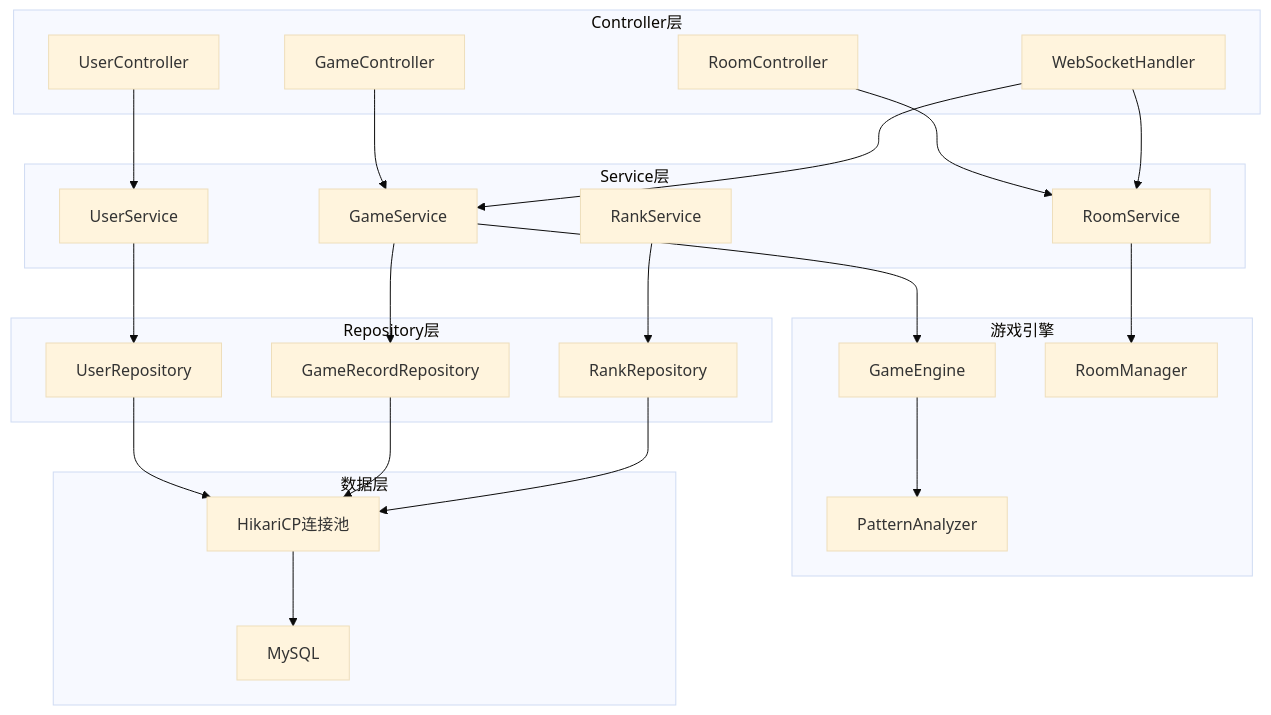
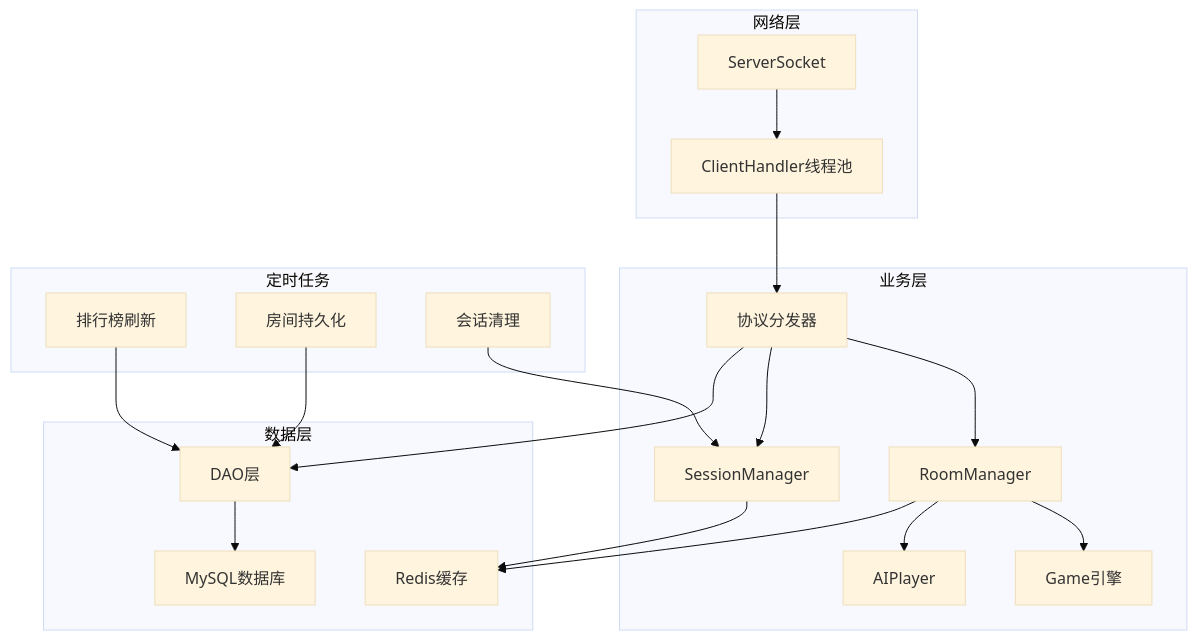
One commit to yznn007/Gomatch changed the second of 6 diagrams in docs/TECHNICAL_ARCHITECTURE.md. Above: the diagram before and after it, drawn with Mermaid (base theme). The commit also changed other lines of this file and 33 other files, not shown here.

````diff
--- a/docs/TECHNICAL_ARCHITECTURE.md
+++ b/docs/TECHNICAL_ARCHITECTURE.md
@@ -174,49 +198,41 @@
 ```mermaid
 flowchart TD
-    subgraph Controller层
-        A[UserController]
-        B[RoomController]
-        C[GameController]
-        D[WebSocketHandler]
+    subgraph 网络层
+        A[ServerSocket]
+        B[ClientHandler线程池]
     end
 
-    subgraph Service层
-        E[UserService]
-        F[RoomService]
-        G[GameService]
-        H[RankService]
-    end
-
-    subgraph Repository层
-        I[UserRepository]
-        J[GameRecordRepository]
-        K[RankRepository]
-    end
-
-    subgraph 游戏引擎
-        L[GameEngine]
-        M[RoomManager]
-        N[PatternAnalyzer]
+    subgraph 业务层
+        C[协议分发器]
+        D[RoomManager]
+        E[SessionManager]
+        F[Game引擎]
+        G[AIPlayer]
     end
 
     subgraph 数据层
-        O[MySQL]
-        P[HikariCP连接池]
+        H[MySQL数据库]
+        I[Redis缓存]
+        J[DAO层]
     end
 
-    A --> E
-    B --> F
-    C --> G
+    subgraph 定时任务
+        K[排行榜刷新]
+        L[房间持久化]
+        M[会话清理]
+    end
+
+    A --> B
+    B --> C
+    C --> D
+    C --> E
+    C --> J
     D --> F
     D --> G
+    J --> H
     E --> I
-    F --> M
-    G --> L
-    G --> J
-    H --> K
-    I --> P
-    J --> P
-    K --> P
-    P --> O
-    L --> N
+    D --> I
+    K --> J
+    L --> J
+    M --> E
 ```
````
